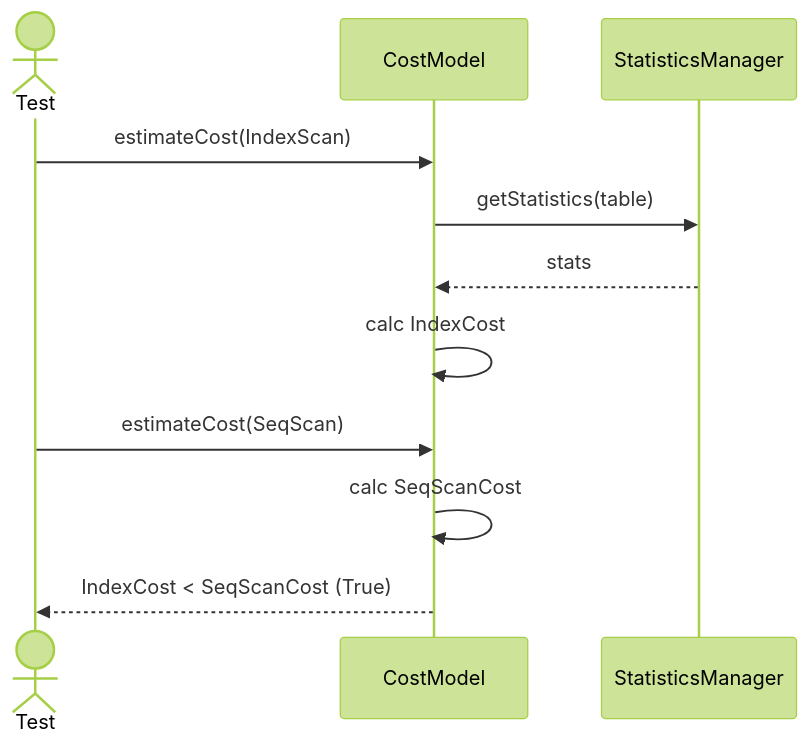
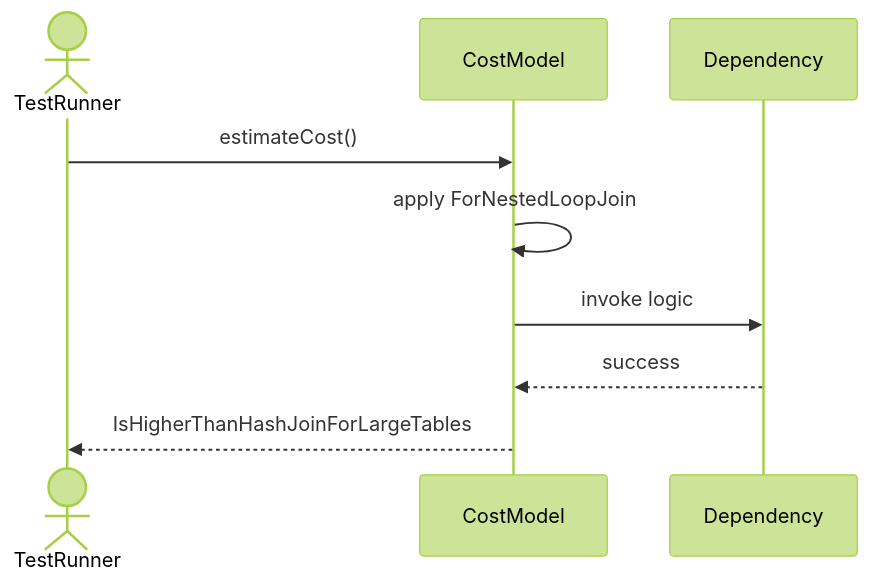
One commit to TamBui1706/DBMS changed the third of 5 diagrams in Sequences/QueryProcessor/CostModel.md. Above: the diagram before and after it, drawn with Mermaid (forest theme). The commit also changed other lines of this file and 63 other files, not shown here.

Commit message:
Draw sequence diagram for unit tests

````diff
--- a/Sequences/QueryProcessor/CostModel.md
+++ b/Sequences/QueryProcessor/CostModel.md
@@ -28,14 +41,10 @@
 ```mermaid
 sequenceDiagram
-    actor Test
+    actor TestRunner
     participant CostModel
-    participant StatisticsManager
-
-    Test->>CostModel: estimateCost(IndexScan)
-    CostModel->>StatisticsManager: getStatistics(table)
-    StatisticsManager-->>CostModel: stats
-    CostModel->>CostModel: calc IndexCost
-    Test->>CostModel: estimateCost(SeqScan)
-    CostModel->>CostModel: calc SeqScanCost
-    CostModel-->>Test: IndexCost < SeqScanCost (True)
+    TestRunner->>CostModel: estimateCost()
+    CostModel->>CostModel: apply ForNestedLoopJoin
+    CostModel->>Dependency: invoke logic
+    Dependency-->>CostModel: success
+    CostModel-->>TestRunner: IsHigherThanHashJoinForLargeTables
 ```
````
